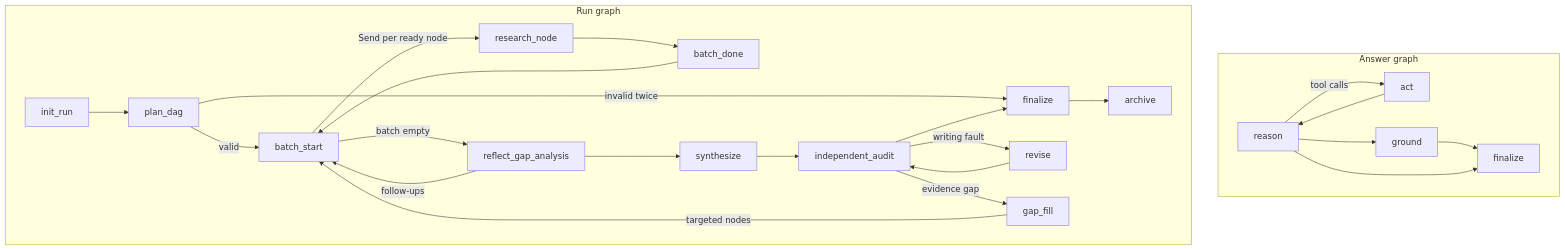
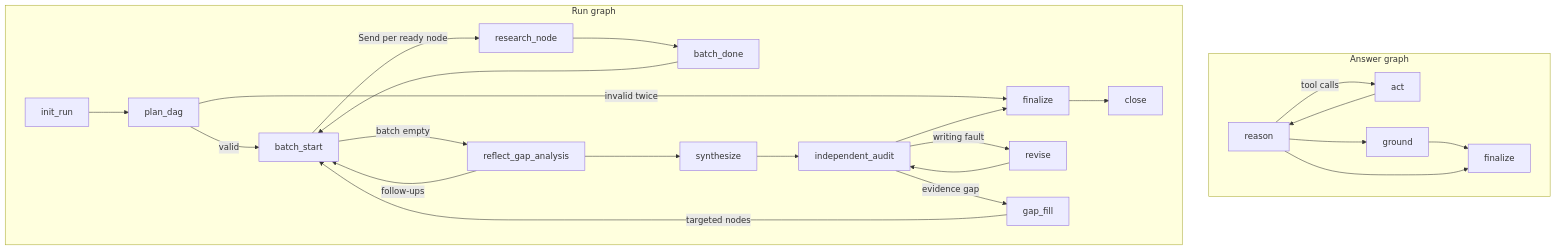
One commit to RoboSathi/agentic-ai-series changed the sixth of 11 diagrams in design_docs/HLD.md. Above: the diagram before and after it, drawn with Mermaid. The commit also changed other lines of this file and 75 other files, not shown here.

Commit message:
fix: RA runs are no longer stored, CONTEXT card counted the tool-schema tokens but never showed the schemas, and Report sections are now chosen per question (not fixed), and some refactor of large files.

````diff
--- a/design_docs/HLD.md
+++ b/design_docs/HLD.md
@@ -241,20 +241,20 @@
 ```mermaid
 flowchart TD
     subgraph Answer["Answer graph"]
         a_reason[reason] -->|tool calls| a_act[act] --> a_reason
         a_reason --> a_ground[ground] --> a_fin[finalize]
         a_reason --> a_fin
     end
     subgraph Run["Run graph"]
         init_run --> plan_dag
         plan_dag -->|valid| batch_start
         plan_dag -->|invalid twice| finalize
         batch_start -->|Send per ready node| research_node --> batch_done --> batch_start
         batch_start -->|batch empty| reflect_gap_analysis
         reflect_gap_analysis -->|follow-ups| batch_start
         reflect_gap_analysis --> synthesize --> independent_audit
         independent_audit -->|writing fault| revise --> independent_audit
         independent_audit -->|evidence gap| gap_fill -->|targeted nodes| batch_start
-        independent_audit --> finalize --> archive
+        independent_audit --> finalize --> close
     end
 ```
````
